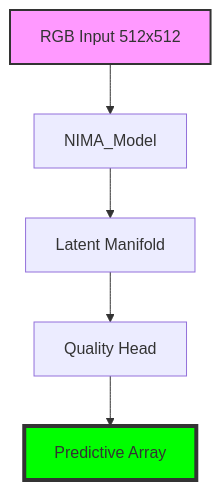
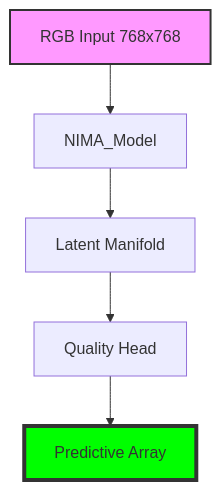
Before and after one commit to lemgenda/lemgendary-pretrained-models: the diagram in nima_authenticity/README.md, drawn with Mermaid. The commit also changed other lines of this file and 11 other files, not shown here.

````diff
--- a/nima_authenticity/README.md
+++ b/nima_authenticity/README.md
@@ -16,10 +16,10 @@
 ```mermaid
 graph TD
-    Input[RGB Input 512x512] --> Backbone[NIMA_Model]
+    Input[RGB Input 768x768] --> Backbone[NIMA_Model]
     Backbone --> Manifold[Latent Manifold]
     Manifold --> Head[Quality Head]
     Head --> Output[Predictive Array]
     
     style Input fill:#f9f,stroke:#333,stroke-width:2px
     style Output fill:#00ff00,stroke:#333,stroke-width:4px
 ```
````
